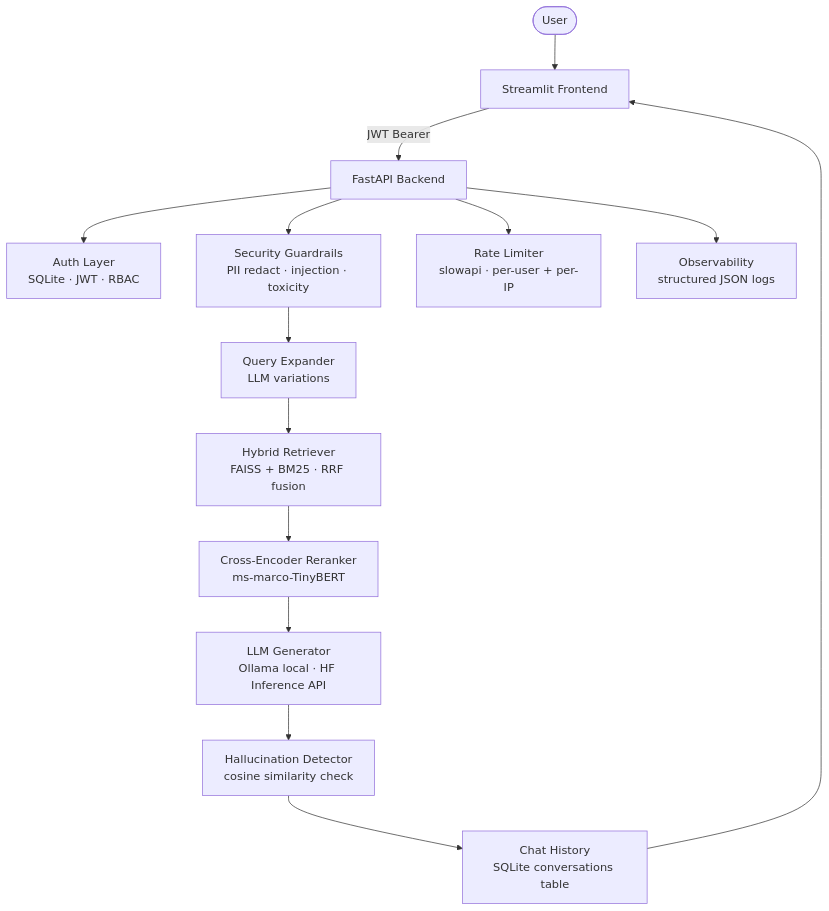
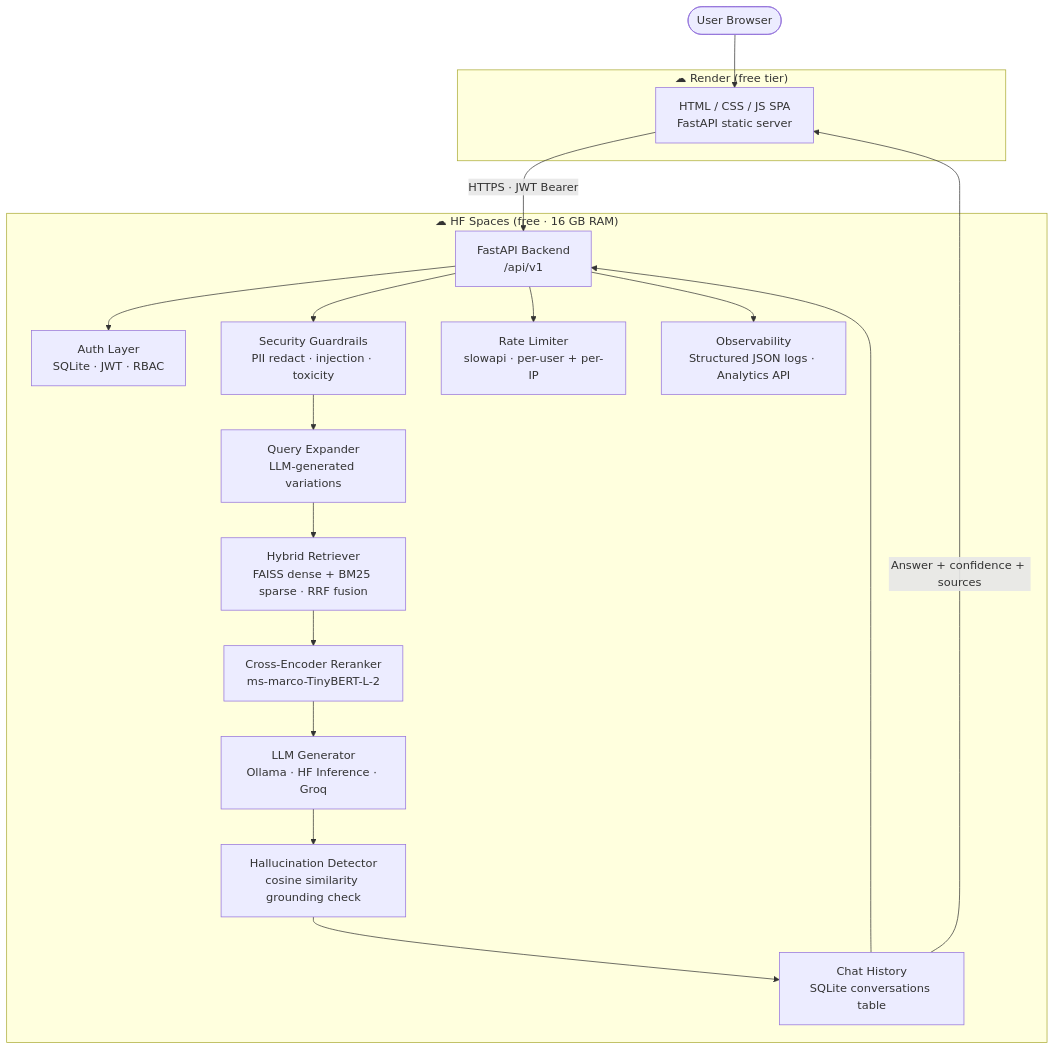
Before and after one commit to srinath1505/free_tier-enterprise_grade-rag: the diagram in README.md, drawn with Mermaid. The commit also changed other lines of this file and 11 other files, not shown here.

First line of the commit message:
Rebrand to NexusRAG, add 150-question benchmark, DOCX image extraction, and HTML frontend

````diff
--- a/README.md
+++ b/README.md
@@ -20,18 +84,29 @@
 ```mermaid
 flowchart TD
-    U([User]) --> FE[Streamlit Frontend]
-    FE -->|JWT Bearer| API[FastAPI Backend]
+    U([User Browser]) --> FE
 
-    API --> AUTH[Auth Layer\nSQLite · JWT · RBAC]
-    API --> GUARD[Security Guardrails\nPII redact · injection · toxicity]
-    GUARD --> EXP[Query Expander\nLLM variations]
-    EXP --> RET[Hybrid Retriever\nFAISS + BM25 · RRF fusion]
-    RET --> RNK[Cross-Encoder Reranker\nms-marco-TinyBERT]
-    RNK --> LLM[LLM Generator\nOllama local · HF Inference API]
-    LLM --> HAL[Hallucination Detector\ncosine similarity check]
-    HAL --> HIST[Chat History\nSQLite conversations table]
-    HIST --> FE
+    subgraph Render ["☁ Render (free tier)"]
+        FE["HTML / CSS / JS SPA\nFastAPI static server"]
+    end
 
-    API --> RATE[Rate Limiter\nslowapi · per-user + per-IP]
-    API --> OBS[Observability\nstructured JSON logs]
+    FE -->|"HTTPS · JWT Bearer"| API
+
+    subgraph HF ["☁ HF Spaces (free · 16 GB RAM)"]
+        API["FastAPI Backend\n/api/v1"]
+
+        API --> AUTH["Auth Layer\nSQLite · JWT · RBAC"]
+        API --> GUARD["Security Guardrails\nPII redact · injection · toxicity"]
+        GUARD --> EXP["Query Expander\nLLM-generated variations"]
+        EXP --> RET["Hybrid Retriever\nFAISS dense + BM25 sparse · RRF fusion"]
+        RET --> RNK["Cross-Encoder Reranker\nms-marco-TinyBERT-L-2"]
+        RNK --> LLM["LLM Generator\nOllama · HF Inference · Groq"]
+        LLM --> HAL["Hallucination Detector\ncosine similarity grounding check"]
+        HAL --> HIST["Chat History\nSQLite conversations table"]
+        HIST --> API
+
+        API --> RATE["Rate Limiter\nslowapi · per-user + per-IP"]
+        API --> OBS["Observability\nStructured JSON logs · Analytics API"]
+    end
+
+    HIST -->|"Answer + confidence + sources"| FE
 ```
````
